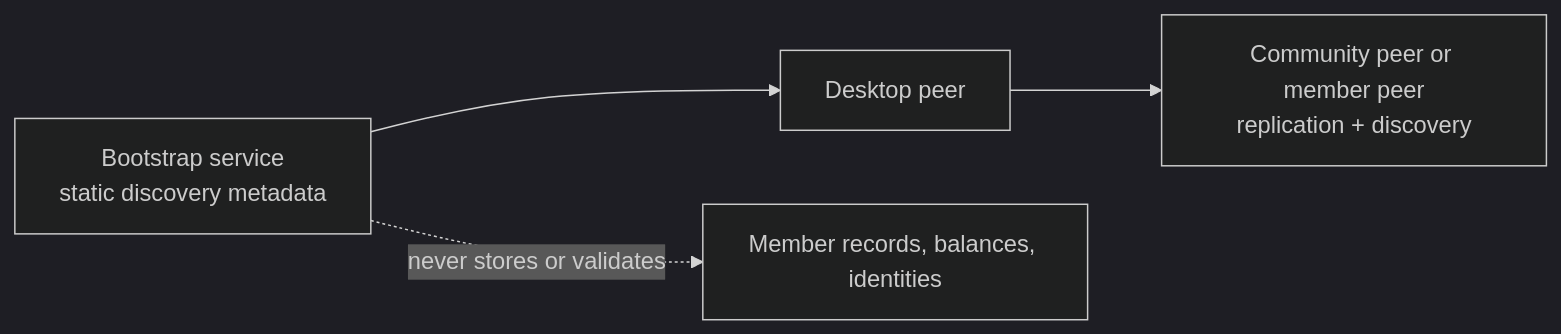
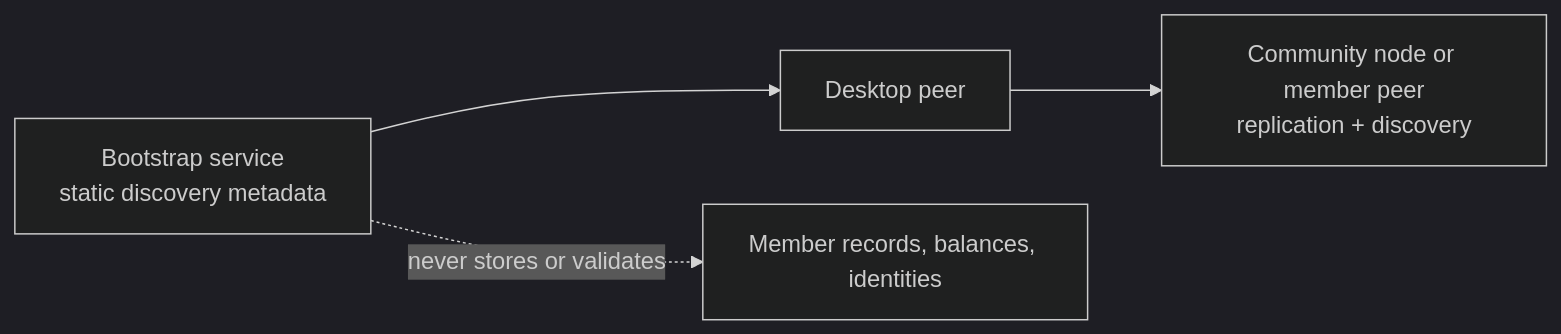
One commit to matthewlovestocode/peer-hours changed the diagram in apps/bootstrap/README.md. Above: the diagram before and after it, drawn with Mermaid (dark theme). The commit also changed other lines of this file and 34 other files, not shown here.

````diff
--- a/apps/bootstrap/README.md
+++ b/apps/bootstrap/README.md
@@ -7,7 +7,7 @@
 ```mermaid
 flowchart LR
     B["Bootstrap service\nstatic discovery metadata"] --> D["Desktop peer"]
-    D --> P["Community peer or member peer\nreplication + discovery"]
+    D --> P["Community node or member peer\nreplication + discovery"]
 
     B -. "never stores or validates" .-> R["Member records, balances, identities"]
 ```
````
